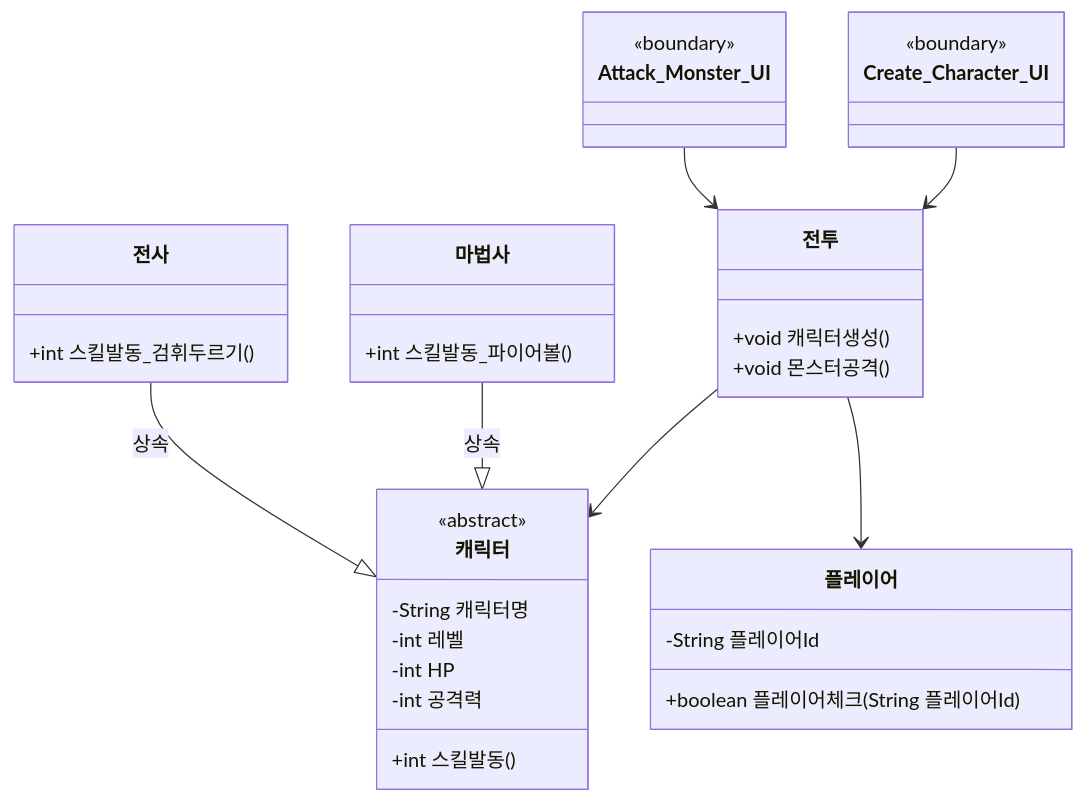
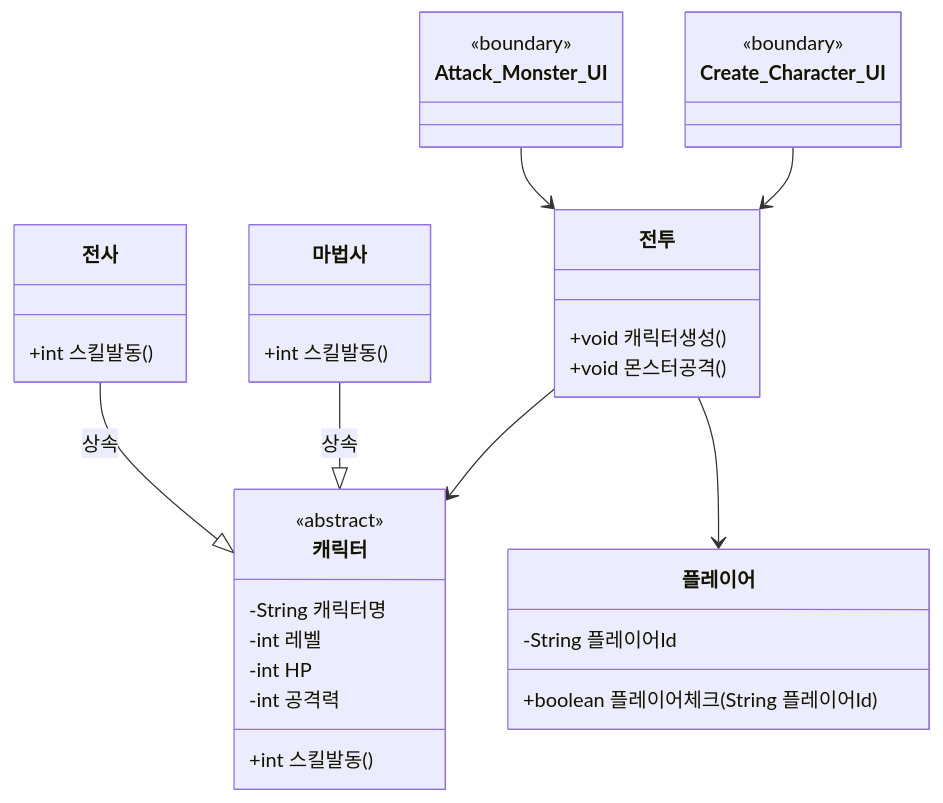
The diagram in ClassDiagram.md (seonwung/DnF_Nattle_B_04), drawn with Mermaid before and after one commit.

````diff
--- a/ClassDiagram.md
+++ b/ClassDiagram.md
@@ -1,47 +1,47 @@
 ```mermaid
 classDiagram
 
     class 플레이어 {
         -String 플레이어Id
         +boolean 플레이어체크(String 플레이어Id)
     }
 
     class 캐릭터 {
         <<abstract>>
         -String 캐릭터명
         -int 레벨
         -int HP
         -int 공격력
         +int 스킬발동()
     }
 
     class 전사 {
-        +int 스킬발동_검휘두르기()
+        +int 스킬발동()
     }
 
     class 마법사 {
-        +int 스킬발동_파이어볼()
+        +int 스킬발동()
     }
 
     class 전투 {
         +void 캐릭터생성()
         +void 몬스터공격()
     }
 
     class Create_Character_UI {
         <<boundary>>
     }
 
     class Attack_Monster_UI {
         <<boundary>>
     }
 
     전사 --|> 캐릭터 : 상속
     마법사 --|> 캐릭터 : 상속
 
     Create_Character_UI --> 전투
     Attack_Monster_UI --> 전투
 
     전투 --> 플레이어
     전투 --> 캐릭터
 ```
````
